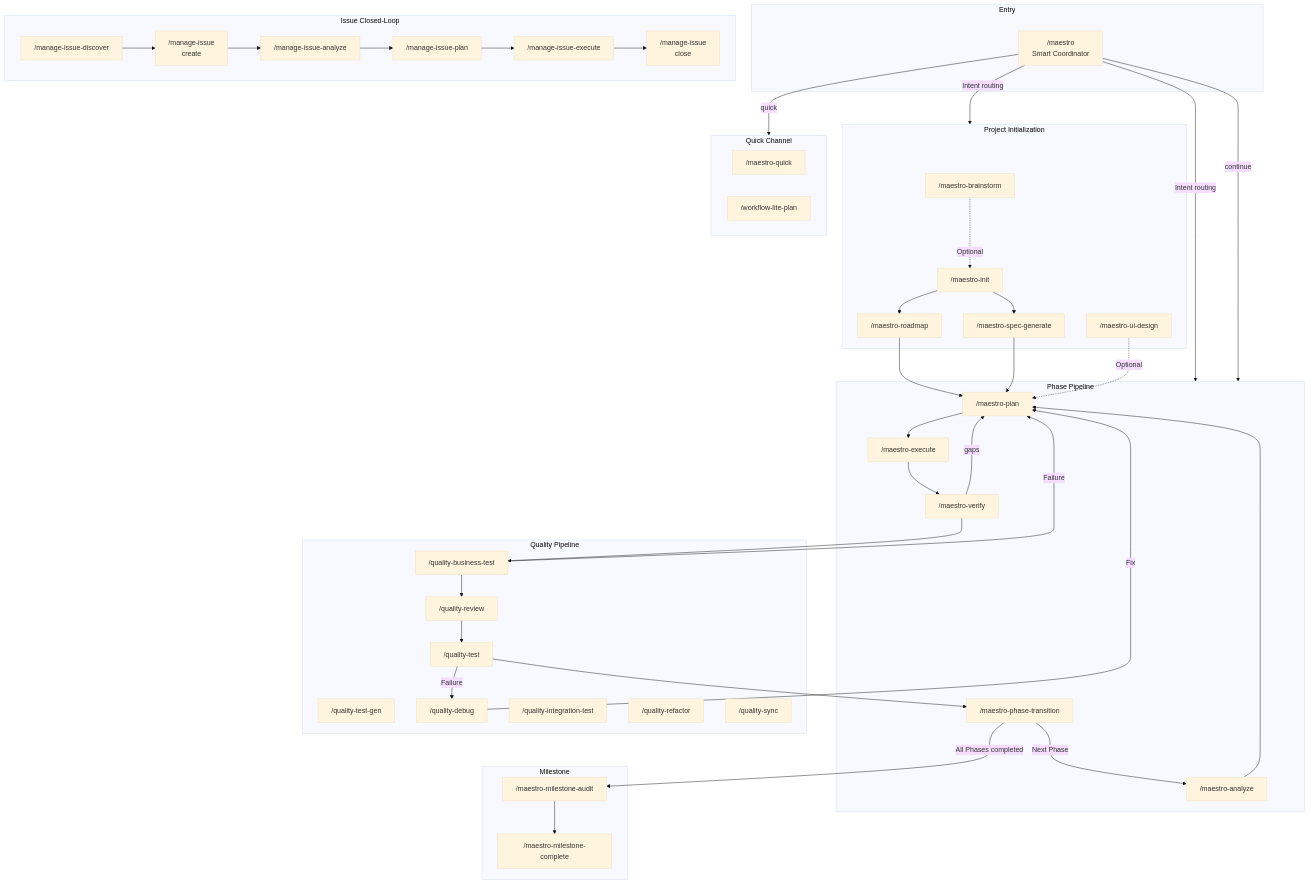
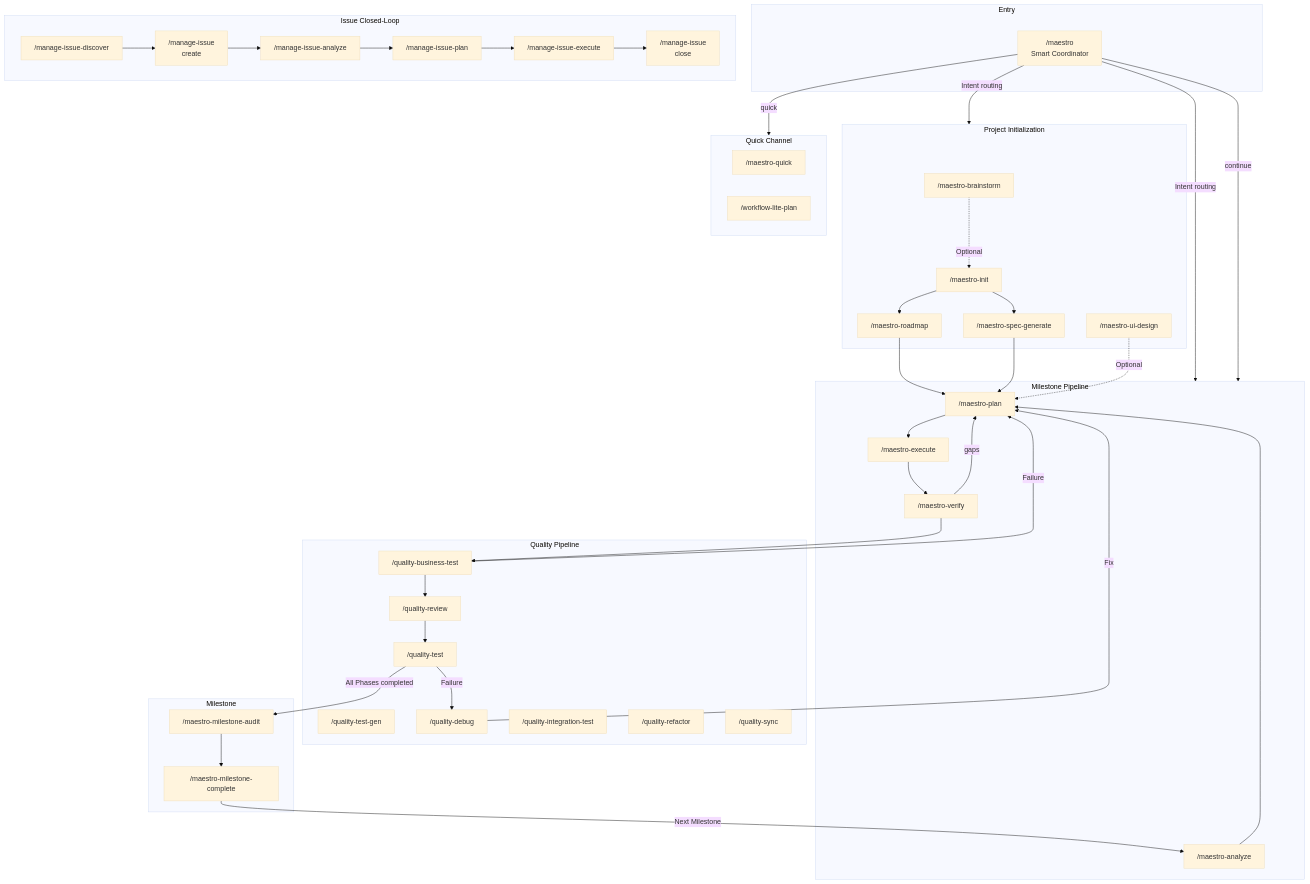
One commit to catlog22/maestro-flow changed the first of 9 diagrams in guide/command-usage-guide.en.md. Above: the diagram before and after it, drawn with Mermaid (base theme). The commit also changed other lines of this file and 47 other files, not shown here.

````diff
--- a/guide/command-usage-guide.en.md
+++ b/guide/command-usage-guide.en.md
@@ -31,12 +31,11 @@
         UID["/maestro-ui-design"]
     end
 
-    subgraph pipeline["Phase Pipeline"]
+    subgraph pipeline["Milestone Pipeline"]
         AN["/maestro-analyze"]
         PL["/maestro-plan"]
         EX["/maestro-execute"]
         VF["/maestro-verify"]
-        PT["/maestro-phase-transition"]
     end
 
     subgraph quality["Quality Pipeline"]
@@ -87,8 +86,7 @@
     VF --> QBT
     QBT --> QR
     QR --> QT
-    QT --> PT
-    PT -->|"Next Phase"| AN
+    QT -->|"All Phases completed"| MA
 
     QBT -->|"Failure"| PL
     VF -->|gaps| PL
@@ -101,6 +99,6 @@
     IP --> IE
     IE --> ICL
 
-    PT -->|"All Phases completed"| MA
     MA --> MC
+    MC -->|"Next Milestone"| AN
 ```
````
